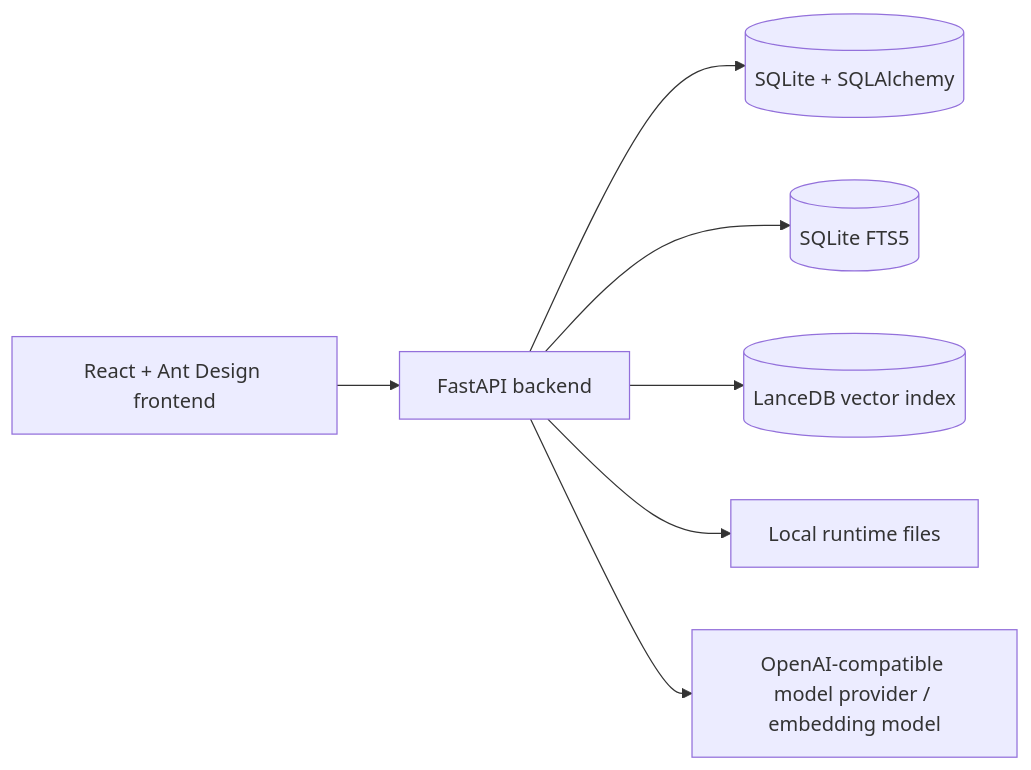
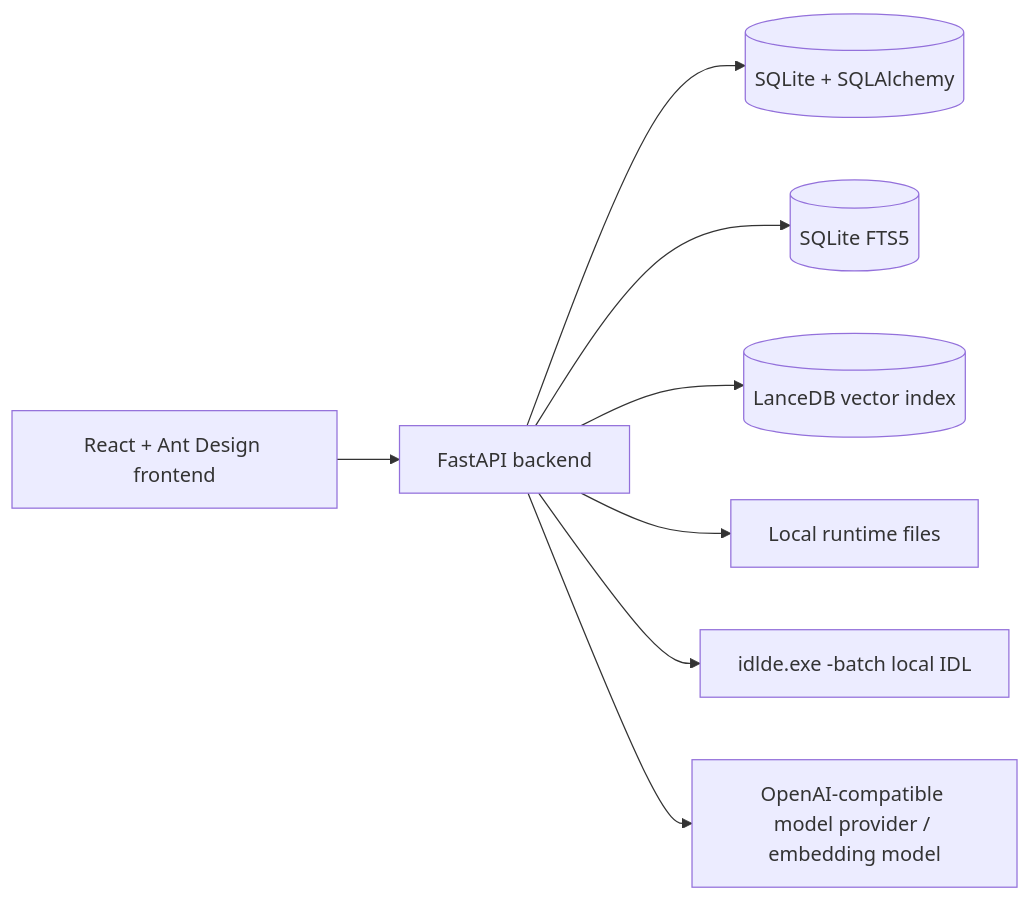
Before and after one commit to GeoSyntax/idl-rag: the second of 2 diagrams in README.en-US.md, drawn with Mermaid. The commit also changed other lines of this file and 23 other files, not shown here.

First line of the commit message:
Add local IDL agent execution

````diff
--- a/README.en-US.md
+++ b/README.en-US.md
@@ -85,9 +88,10 @@
 ```mermaid
 flowchart LR
   UI[React + Ant Design frontend] --> API[FastAPI backend]
   API --> DB[(SQLite + SQLAlchemy)]
   API --> FTS[(SQLite FTS5)]
   API --> VEC[(LanceDB vector index)]
   API --> FS[Local runtime files]
+  API --> IDL[idlde.exe -batch local IDL]
   API --> LLM[OpenAI-compatible model provider / embedding model]
 ```
````
